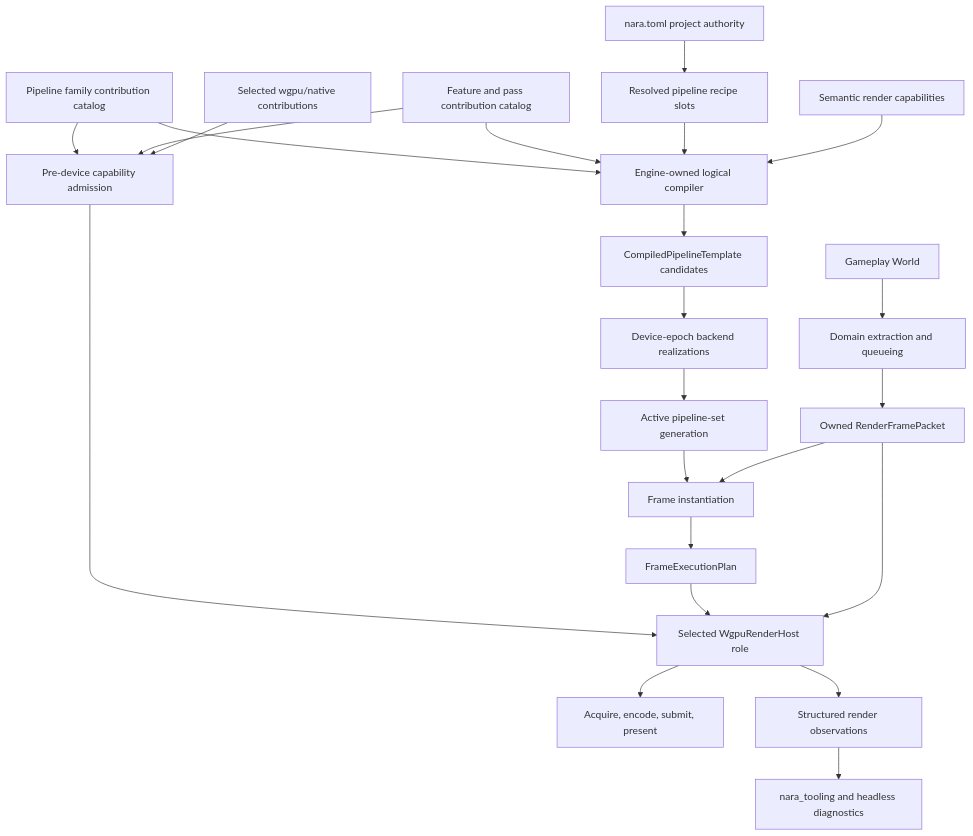
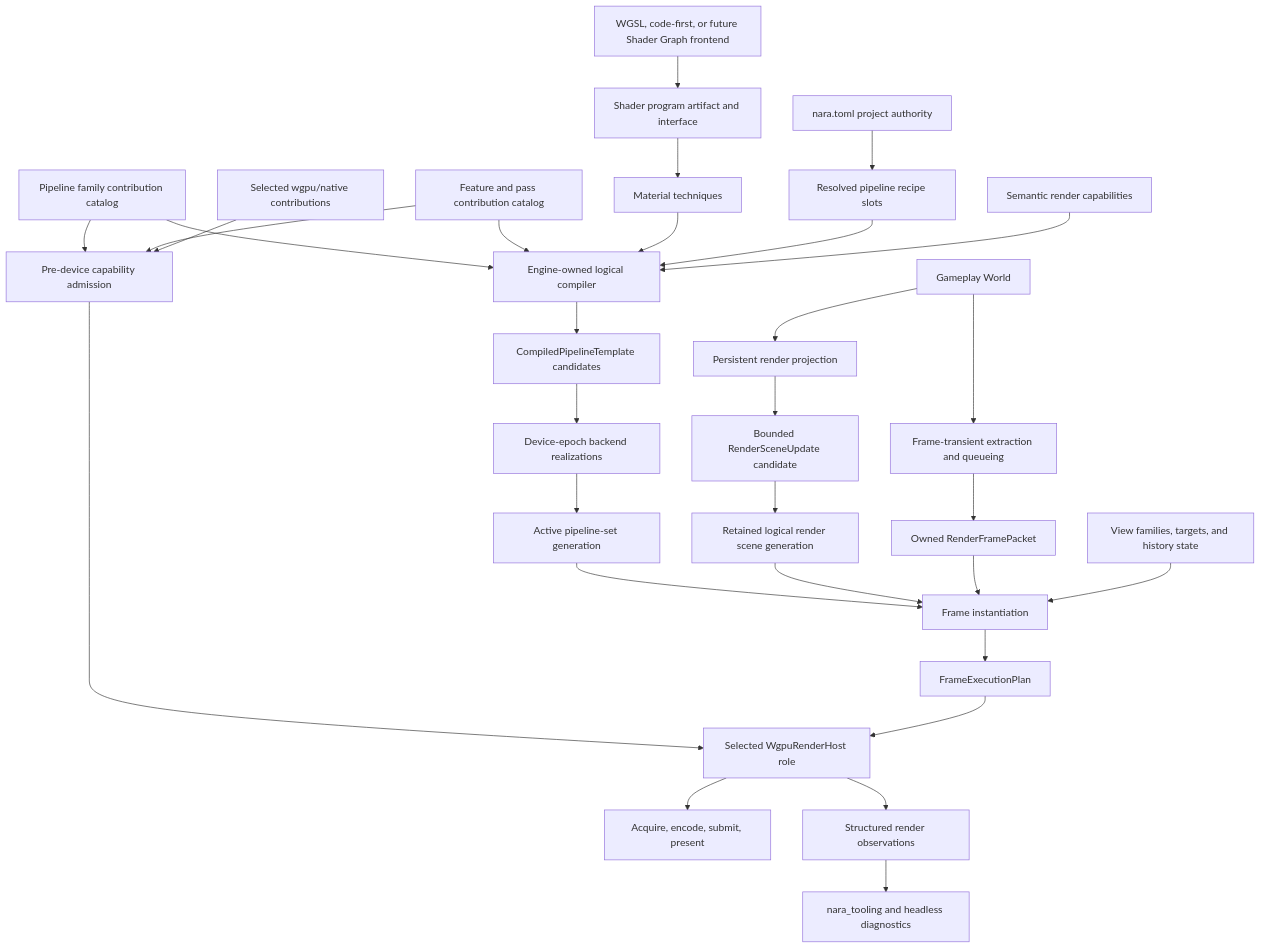
One commit to Latias94/nara changed the diagram in docs/architecture/adr/0077-render-pipeline-recipes-graph-compilation-and-backend-encoding.md. Above: the diagram before and after it, drawn with Mermaid. The commit also changed other lines of this file and 3 other files, not shown here.

First line of the commit message:
docs(architecture): qualify renderer extension demand

````diff
--- a/docs/architecture/adr/0077-render-pipeline-recipes-graph-compilation-and-backend-encoding.md
+++ b/docs/architecture/adr/0077-render-pipeline-recipes-graph-compilation-and-backend-encoding.md
@@ -68,25 +75,32 @@
 ```mermaid
 flowchart TD
-    World[Gameplay World] --> Extract[Domain extraction and queueing]
-    Extract --> Packet[Owned RenderFramePacket]
+    World[Gameplay World] --> Persistent[Persistent render projection]
+    World --> Transient[Frame-transient extraction and queueing]
+    Persistent --> SceneUpdate[Bounded RenderSceneUpdate candidate]
+    SceneUpdate --> Scene[Retained logical render scene generation]
+    Transient --> Packet[Owned RenderFramePacket]
     Project[nara.toml project authority] --> Recipe[Resolved pipeline recipe slots]
+    ShaderSources[WGSL, code-first, or future Shader Graph frontend] --> ShaderArtifact[Shader program artifact and interface]
+    ShaderArtifact --> Techniques[Material techniques]
     Families[Pipeline family contribution catalog] --> Compiler
     Providers[Feature and pass contribution catalog] --> Compiler
+    Techniques --> Compiler
     Recipe --> Compiler[Engine-owned logical compiler]
     Caps[Semantic render capabilities] --> Compiler
     Compiler --> Candidate[CompiledPipelineTemplate candidates]
     Families --> DevicePlan[Pre-device capability admission]
     Providers --> DevicePlan
     Interop[Selected wgpu/native contributions] --> DevicePlan
     DevicePlan --> Host
     Candidate --> Realize[Device-epoch backend realizations]
     Realize --> Active[Active pipeline-set generation]
     Active --> Instantiate[Frame instantiation]
+    Scene --> Instantiate
     Packet --> Instantiate
+    Views[View families, targets, and history state] --> Instantiate
     Instantiate --> Plan[FrameExecutionPlan]
     Plan --> Host[Selected WgpuRenderHost role]
-    Packet --> Host
     Host --> Target[Acquire, encode, submit, present]
     Host --> Observation[Structured render observations]
     Observation --> Tooling[nara_tooling and headless diagnostics]
 ```
````
